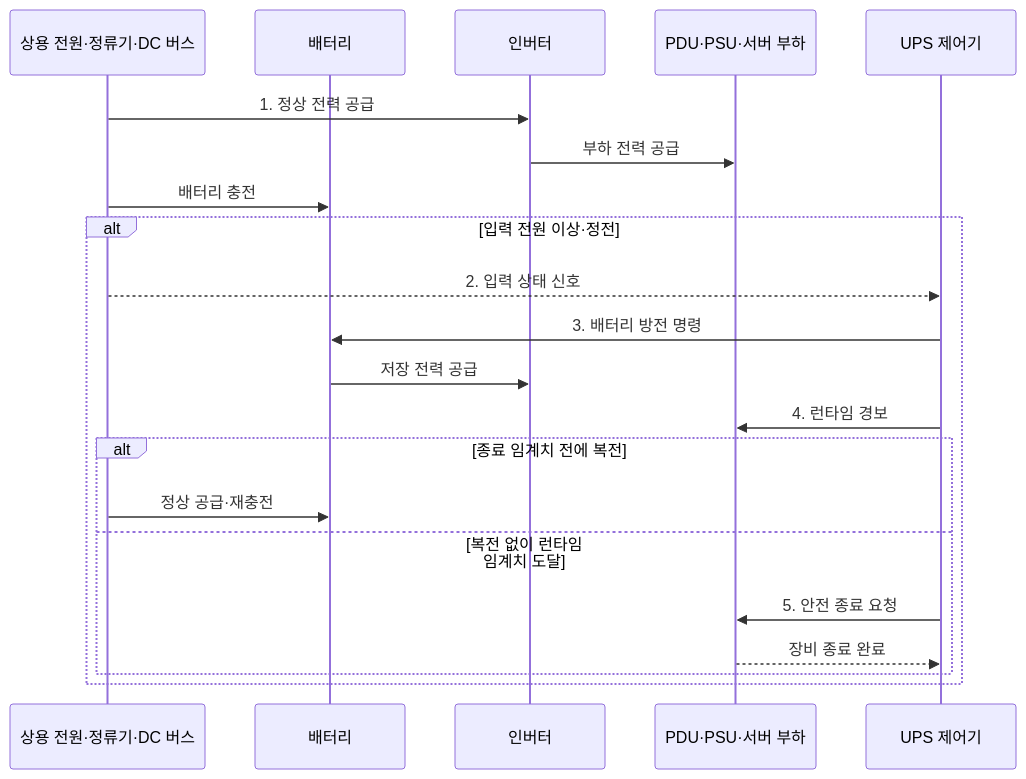
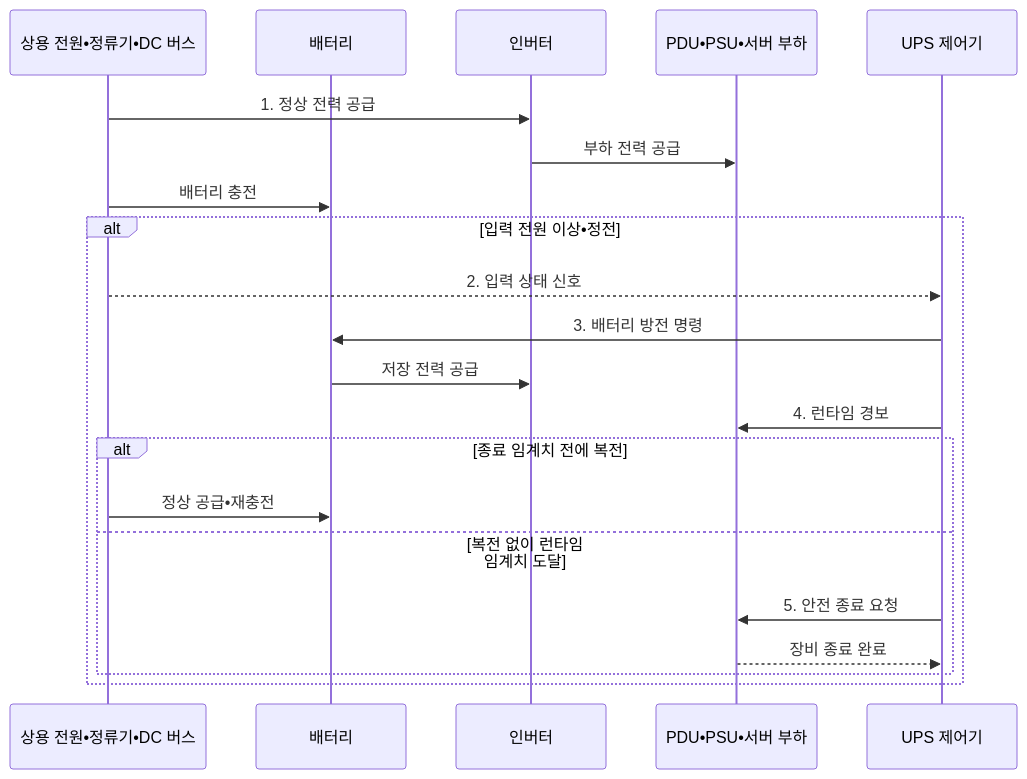
The second of 2 diagrams in src/content/docs/notes/02-hardware/055_power_supply_ups.md (agnusdei1207/knowledge-base), drawn with Mermaid before and after one commit. The commit also changed other lines of this file and 953 other files, not shown here.

````diff
--- a/src/content/docs/notes/02-hardware/055_power_supply_ups.md
+++ b/src/content/docs/notes/02-hardware/055_power_supply_ups.md
@@ -120,24 +120,24 @@
 ```mermaid
 sequenceDiagram
-    participant U as 상용 전원·정류기·DC 버스
+    participant U as 상용 전원•정류기•DC 버스
     participant B as 배터리
     participant I as 인버터
-    participant L as PDU·PSU·서버 부하
+    participant L as PDU•PSU•서버 부하
     participant C as UPS 제어기
 
     U->>I: 1. 정상 전력 공급
     I->>L: 부하 전력 공급
     U->>B: 배터리 충전
-    alt 입력 전원 이상·정전
+    alt 입력 전원 이상•정전
         U-->>C: 2. 입력 상태 신호
         C->>B: 3. 배터리 방전 명령
         B->>I: 저장 전력 공급
         C->>L: 4. 런타임 경보
         alt 종료 임계치 전에 복전
-            U->>B: 정상 공급·재충전
+            U->>B: 정상 공급•재충전
         else 복전 없이 런타임 임계치 도달
             C->>L: 5. 안전 종료 요청
             L-->>C: 장비 종료 완료
         end
     end
 ```
````
